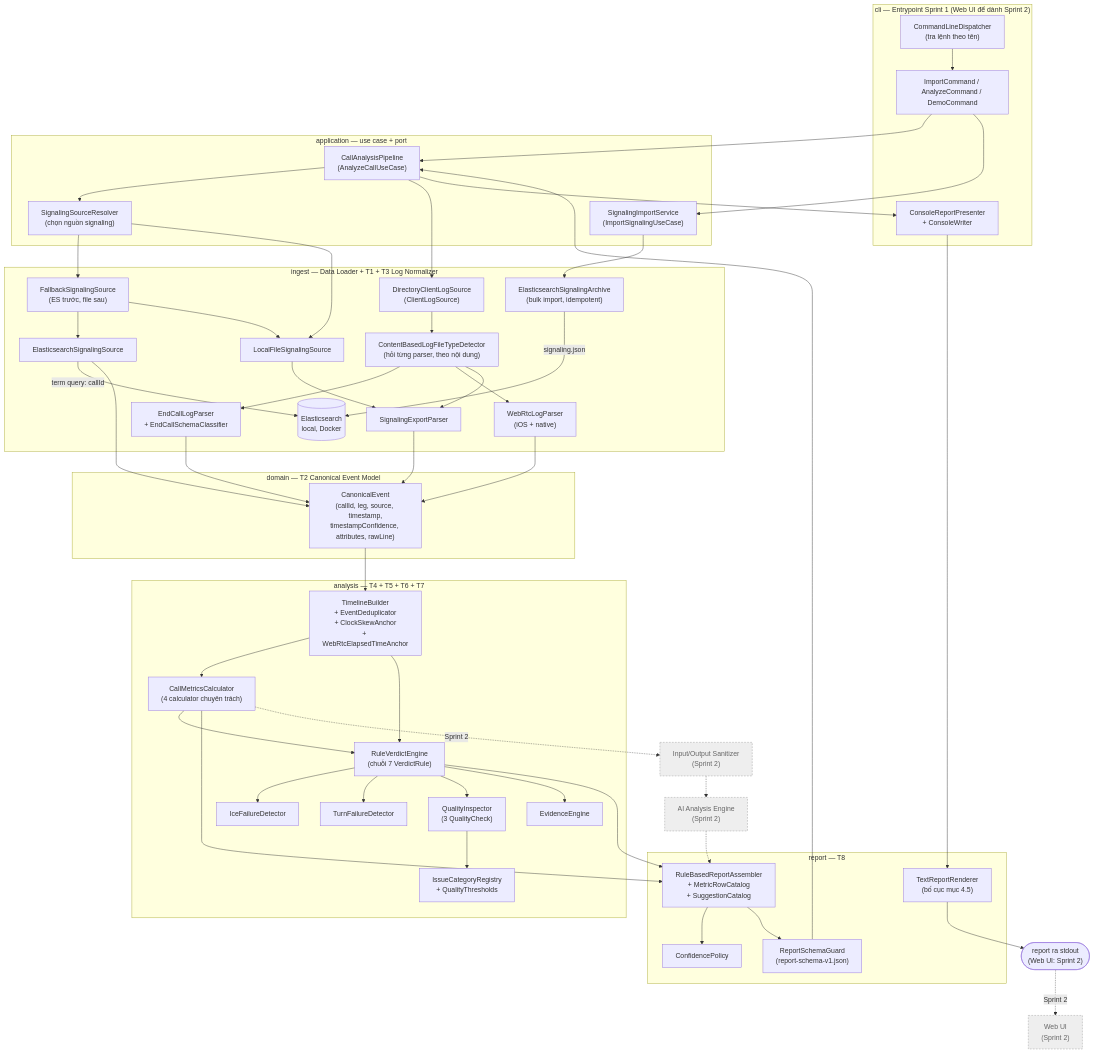
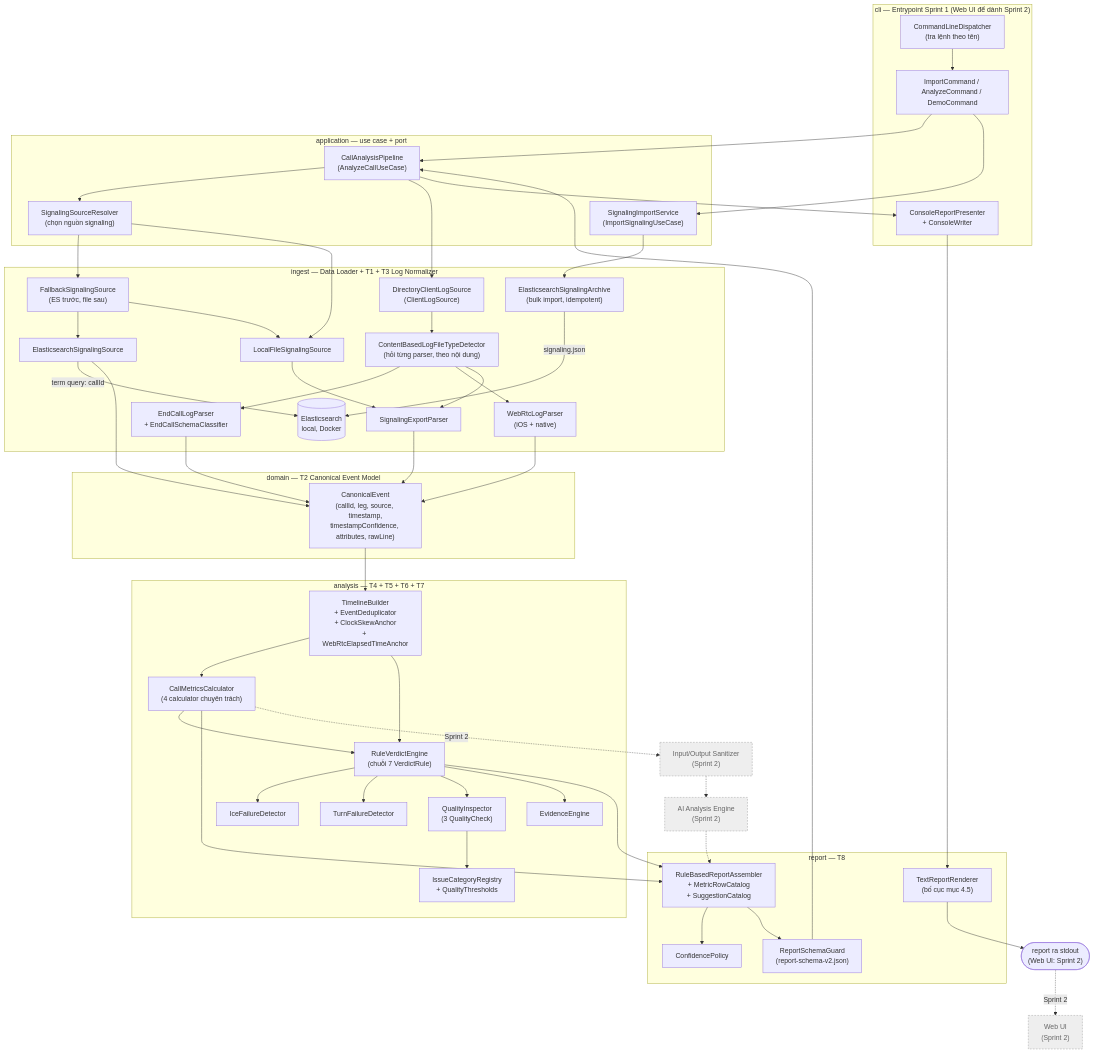
One commit to tutran0401/call-analysis-assistant changed the second of 2 diagrams in docs/architecture-diagram-v1.md. Above: the diagram before and after it, drawn with Mermaid. The commit also changed 16 other files, not shown here.

Commit message:
Sprint 2 B7: chat orchestration with sanitizers, guardrails and AI fallback; report schema v2

```diff
--- a/docs/architecture-diagram-v1.md
+++ b/docs/architecture-diagram-v1.md
@@ -85,7 +85,7 @@
     subgraph report["report — T8"]
         Assembler["RuleBasedReportAssembler<br/>+ MetricRowCatalog<br/>+ SuggestionCatalog"]
         Confidence["ConfidencePolicy"]
-        Guard["ReportSchemaGuard<br/>(report-schema-v1.json)"]
+        Guard["ReportSchemaGuard<br/>(report-schema-v2.json)"]
         Renderer["TextReportRenderer<br/>(bố cục mục 4.5)"]
         Assembler --> Confidence
     end
```
